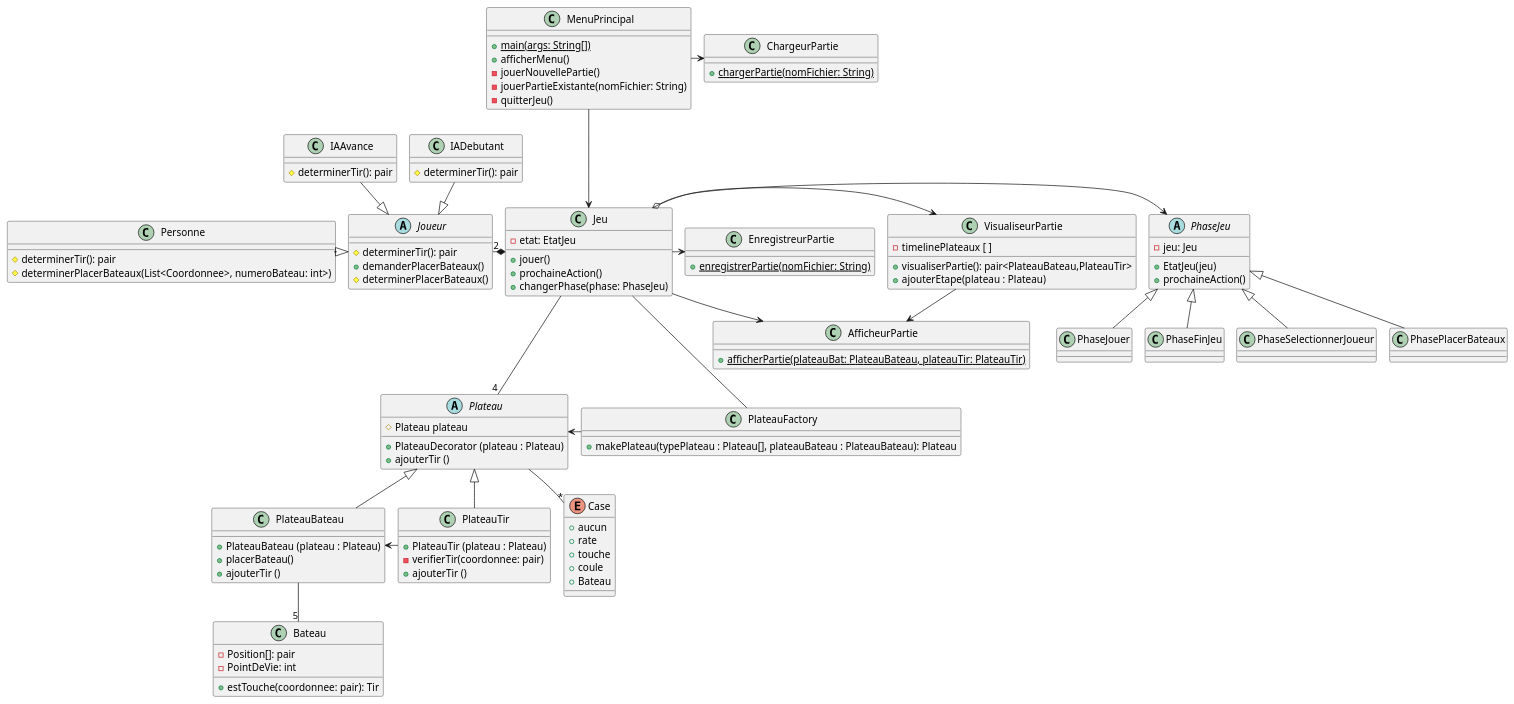
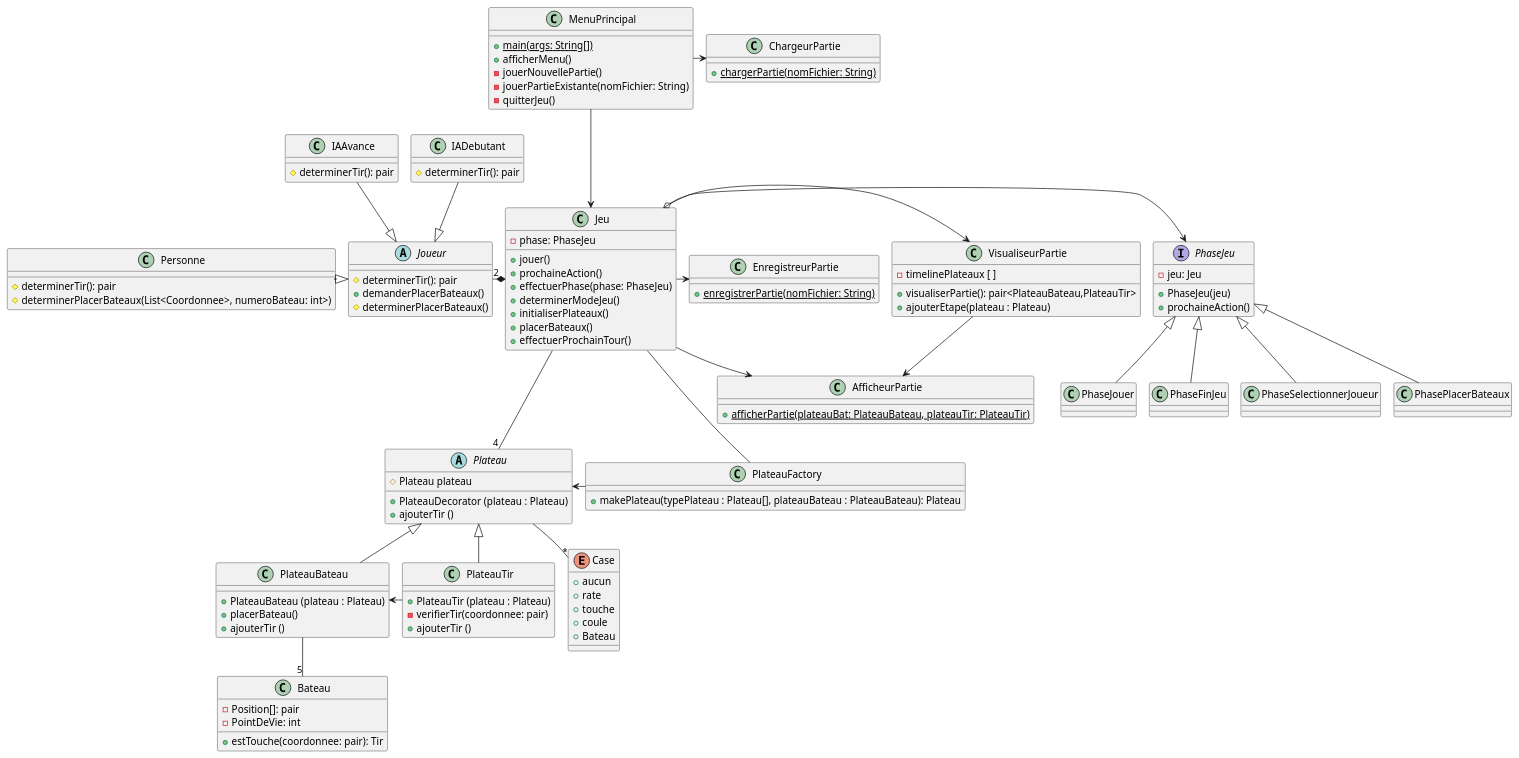
Before and after one commit to Patroklos99/5153_TP2-Battleship-AI-Pattern-Conception_Engineering2: the diagram in diagrammes_conception/diagramme_classes_patrons.puml, drawn with PlantUML. The commit also changed 3 other files, not shown here.

Commit message:
Update des diagrammes de classe

```diff
--- a/diagrammes_conception/diagramme_classes_patrons.puml
+++ b/diagrammes_conception/diagramme_classes_patrons.puml
@@ -1,132 +1,136 @@
 @startuml
 !pragma layout smetana
 class PlateauFactory{
     + makePlateau(typePlateau : Plateau[], plateauBateau : PlateauBateau): Plateau
 }
 
 abstract class Plateau {
     # Plateau plateau
     + PlateauDecorator (plateau : Plateau)
     + ajouterTir ()
 }
 
 
 abstract class Joueur{
     # determinerTir(): pair
     + demanderPlacerBateaux()
     # determinerPlacerBateaux()
 }
 
 class MenuPrincipal{
     + {static} main(args: String[])
     + afficherMenu()
     - jouerNouvellePartie()
     - jouerPartieExistante(nomFichier: String)
     - quitterJeu()
 }
 
 class Jeu {
-    - etat: EtatJeu
+    - phase: PhaseJeu
     + jouer()
     + prochaineAction()
-    + changerPhase(phase: PhaseJeu)
+    + effectuerPhase(phase: PhaseJeu)
+    + determinerModeJeu()
+    + initialiserPlateaux()
+    + placerBateaux()
+    + effectuerProchainTour()
 }
 
 class PlateauBateau {
     + PlateauBateau (plateau : Plateau)
     + placerBateau()
     + ajouterTir ()
 }
 
 class PlateauTir {
     + PlateauTir (plateau : Plateau)
     - verifierTir(coordonnee: pair)
     + ajouterTir ()
 }
 
 class Bateau {
     - Position[]: pair
     - PointDeVie: int
     + estTouche(coordonnee: pair): Tir
 }
 
 enum Case {
     + aucun
     + rate
     + touche
     + coule
     + Bateau
 }
 
 class IADebutant {
     # determinerTir(): pair
 }
 
 class IAAvance{
     # determinerTir(): pair
 }
 
 class ChargeurPartie {
     + {static} chargerPartie(nomFichier: String)
 }
 
 class VisualiseurPartie {
     - timelinePlateaux [ ]
     + visualiserPartie(): pair<PlateauBateau,PlateauTir>
     + ajouterEtape(plateau : Plateau)
 }
 
 class AfficheurPartie {
     + {static} afficherPartie(plateauBat: PlateauBateau, plateauTir: PlateauTir)
 }
 
 class EnregistreurPartie {
     + {static} enregistrerPartie(nomFichier: String)
 }
 
 class Personne {
     # determinerTir(): pair
     # determinerPlacerBateaux(List<Coordonnee>, numeroBateau: int>)
 }
 
-abstract PhaseJeu {
+interface PhaseJeu {
     - jeu: Jeu
-    + EtatJeu(jeu)
+    + PhaseJeu(jeu)
     + prochaineAction()
 }
 
 class PhaseSelectionnerJoueur {}
 
 class PhasePlacerBateaux {}
 
 class PhaseJouer {}
 
 class PhaseFinJeu {}
 
 PhaseJeu <-left-o Jeu
 
 PhaseSelectionnerJoueur -up-|> PhaseJeu
 PhasePlacerBateaux -up-|> PhaseJeu
 PhaseJouer -up-|> PhaseJeu
 PhaseFinJeu -up-|> PhaseJeu
 
 
 PlateauBateau -- "5" Bateau
 Plateau <|-- PlateauBateau
 Plateau <|-- PlateauTir
 Jeu *-left- "2" Joueur
 Jeu -right-> EnregistreurPartie
 Jeu -right-> VisualiseurPartie
 Jeu -right-> AfficheurPartie
 MenuPrincipal -> ChargeurPartie
 MenuPrincipal ---> Jeu
 Jeu --- "4" Plateau
 Plateau -down- "*" Case
 Joueur <|-up- IADebutant
 Joueur <|-up- IAAvance
 Joueur <|-left-- Personne
 PlateauBateau <- PlateauTir
 VisualiseurPartie --> AfficheurPartie
 PlateauFactory -left-> Plateau
 Jeu --  PlateauFactory
 @enduml
```
